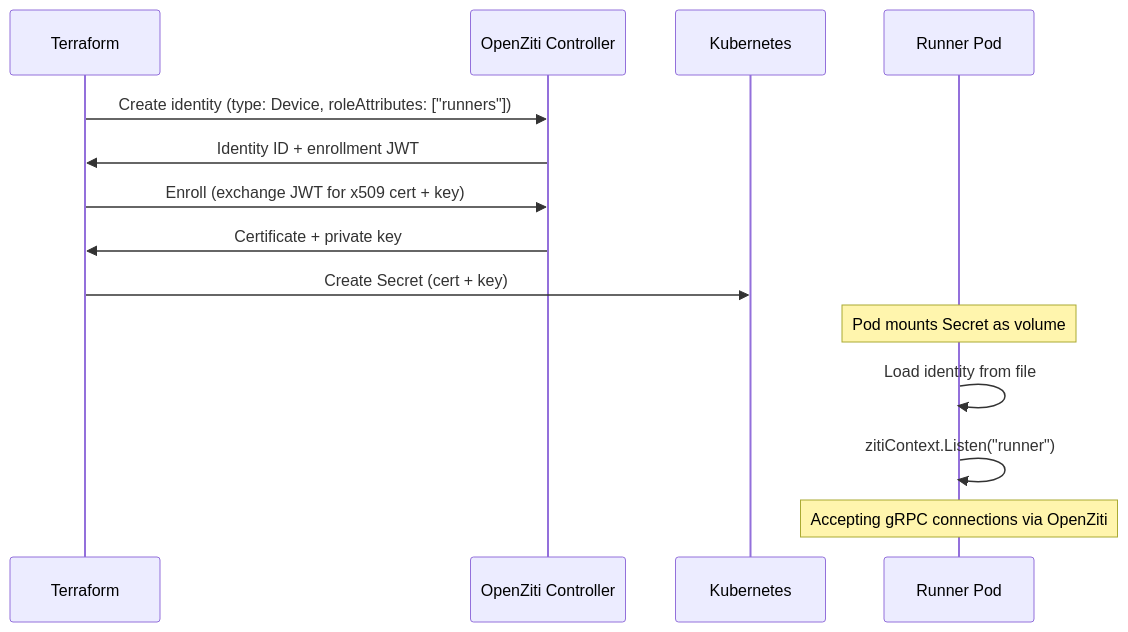
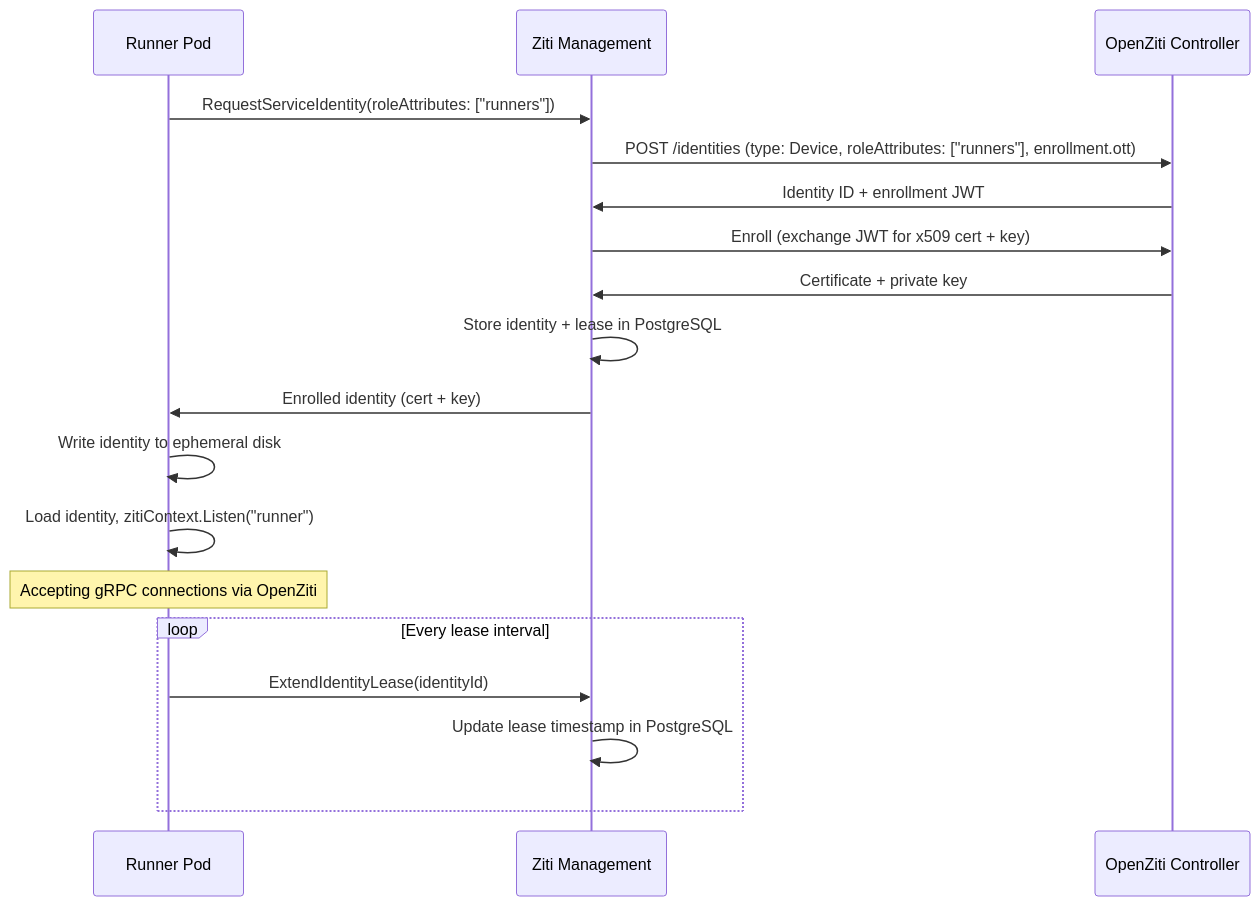
The fourth of 4 diagrams in architecture/openziti.md (agynio/architecture), drawn with Mermaid before and after one commit. The commit also changed other lines of this file and 5 other files, not shown here.

First line of the commit message:
Replace Terraform identity provisioning with self-enrollment via Ziti Management

````diff
--- a/architecture/openziti.md
+++ b/architecture/openziti.md
@@ -252,17 +324,22 @@
 ```mermaid
 sequenceDiagram
-    participant TF as Terraform
+    participant R as Runner Pod
+    participant ZM as Ziti Management
     participant ZC as OpenZiti Controller
-    participant K8s as Kubernetes
-    participant R as Runner Pod
 
-    TF->>ZC: Create identity (type: Device, roleAttributes: ["runners"])
-    ZC->>TF: Identity ID + enrollment JWT
-    TF->>ZC: Enroll (exchange JWT for x509 cert + key)
-    ZC->>TF: Certificate + private key
-    TF->>K8s: Create Secret (cert + key)
-    Note over R: Pod mounts Secret as volume
-    R->>R: Load identity from file
-    R->>R: zitiContext.Listen("runner")
+    R->>ZM: RequestServiceIdentity(roleAttributes: ["runners"])
+    ZM->>ZC: POST /identities (type: Device, roleAttributes: ["runners"], enrollment.ott)
+    ZC->>ZM: Identity ID + enrollment JWT
+    ZM->>ZC: Enroll (exchange JWT for x509 cert + key)
+    ZC->>ZM: Certificate + private key
+    ZM->>ZM: Store identity + lease in PostgreSQL
+    ZM->>R: Enrolled identity (cert + key)
+    R->>R: Write identity to ephemeral disk
+    R->>R: Load identity, zitiContext.Listen("runner")
     Note over R: Accepting gRPC connections via OpenZiti
+
+    loop Every lease interval
+        R->>ZM: ExtendIdentityLease(identityId)
+        ZM->>ZM: Update lease timestamp in PostgreSQL
+    end
 ```
````
